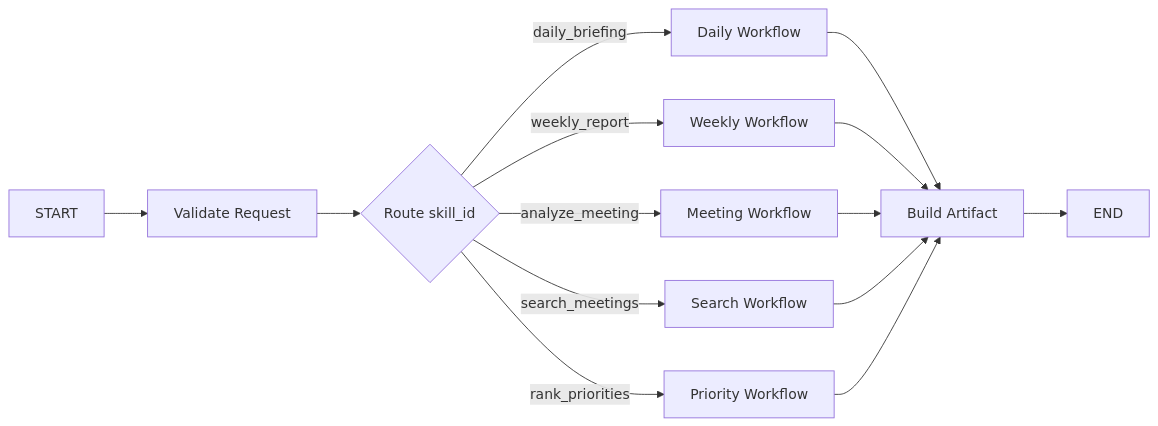
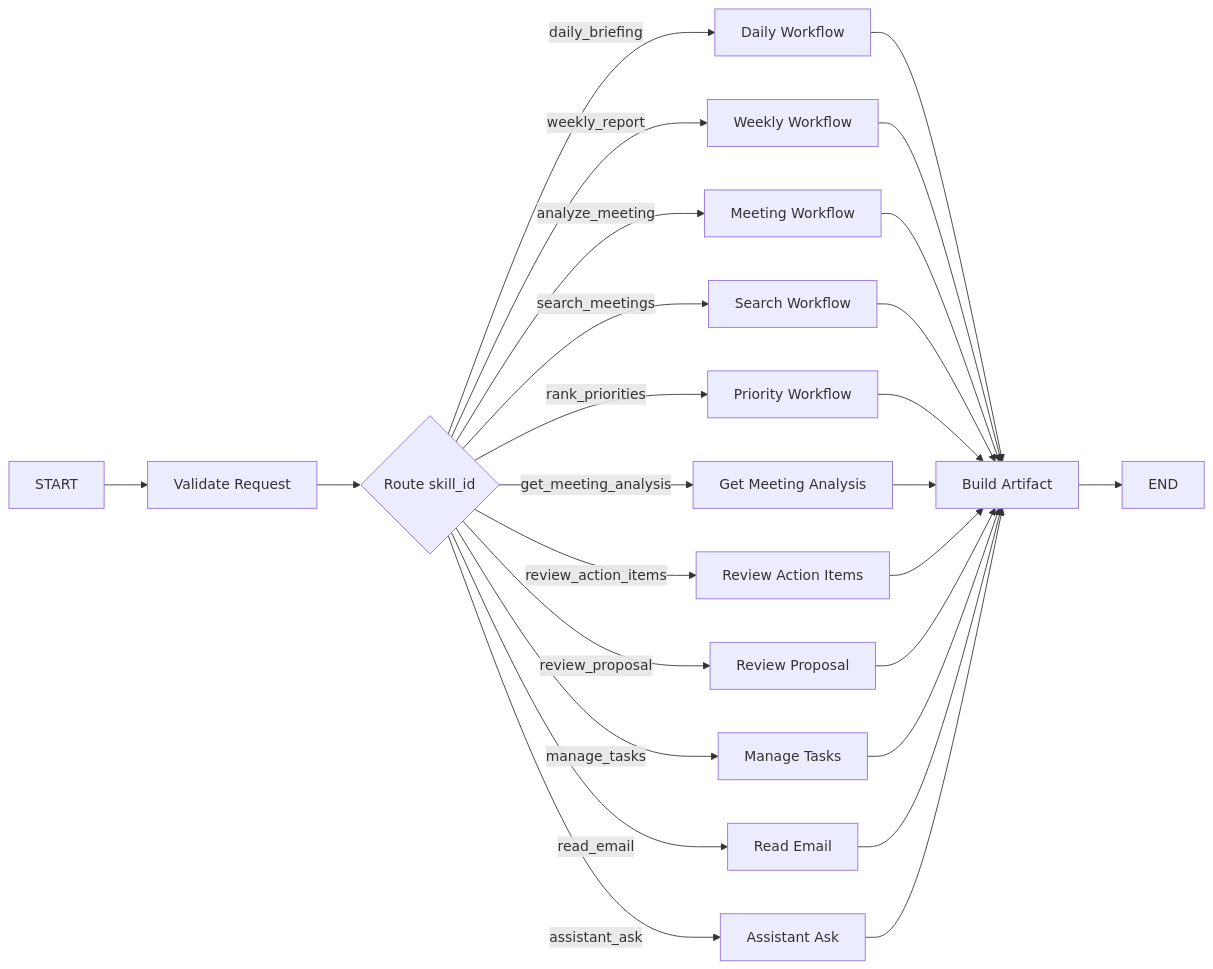
One commit to sjseo1221/workmate changed the second of 2 diagrams in docs/07-technical-specification.md. Above: the diagram before and after it, drawn with Mermaid. The commit also changed other lines of this file and 9 other files, not shown here.

````diff
--- a/docs/07-technical-specification.md
+++ b/docs/07-technical-specification.md
@@ -260,16 +286,28 @@
 ```mermaid
 flowchart LR
     A[START] --> V[Validate Request]
     V --> R{Route skill_id}
     R -->|daily_briefing| D[Daily Workflow]
     R -->|weekly_report| W[Weekly Workflow]
     R -->|analyze_meeting| M[Meeting Workflow]
     R -->|search_meetings| S[Search Workflow]
     R -->|rank_priorities| P[Priority Workflow]
+    R -->|get_meeting_analysis| GM[Get Meeting Analysis]
+    R -->|review_action_items| RA[Review Action Items]
+    R -->|review_proposal| RP[Review Proposal]
+    R -->|manage_tasks| MT[Manage Tasks]
+    R -->|read_email| RE[Read Email]
+    R -->|assistant_ask| AA[Assistant Ask]
     D --> O[Build Artifact]
     W --> O
     M --> O
     S --> O
     P --> O
+    GM --> O
+    RA --> O
+    RP --> O
+    MT --> O
+    RE --> O
+    AA --> O
     O --> E[END]
 ```
````
